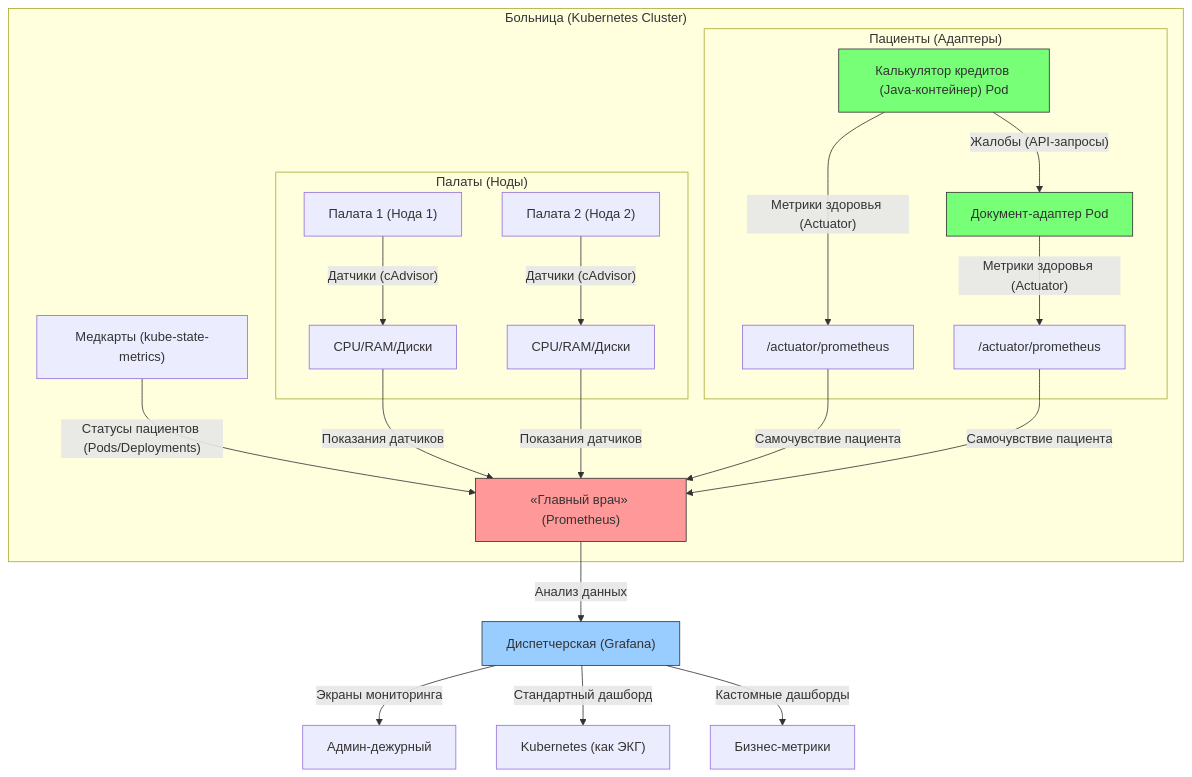
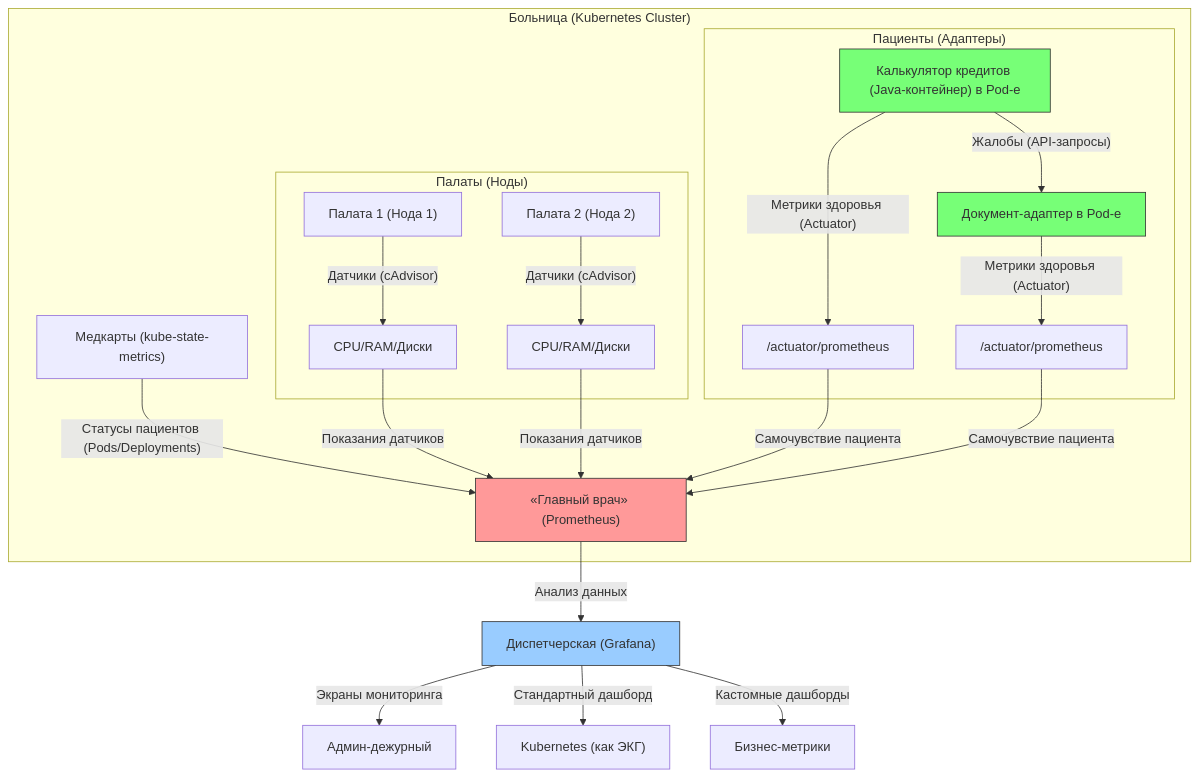
One commit to lamjob1993/kubernetes-monitoring changed the diagram in kubernetes/legend/2. Проводим аналогию.md. Above: the diagram before and after it, drawn with Mermaid.

Commit message:
Update 2. Проводим аналогию.md

````diff
--- a/kubernetes/legend/2. Проводим аналогию.md
+++ b/kubernetes/legend/2. Проводим аналогию.md
@@ -3,31 +3,31 @@
 ```mermaid
 flowchart TD
     subgraph "Больница (Kubernetes Cluster)"
         subgraph "Палаты (Ноды)"
             Палата1["Палата 1 (Нода 1)"] --> |"Датчики (cAdvisor)"| Мониторы1["CPU/RAM/Диски"]
             Палата2["Палата 2 (Нода 2)"] --> |"Датчики (cAdvisor)"| Мониторы2["CPU/RAM/Диски"]
         end
 
         subgraph "Пациенты (Адаптеры)"
-            Калькулятор["Калькулятор кредитов (Java-контейнер) Pod"] --> |"Жалобы (API-запросы)"| Документы["Документ-адаптер Pod"]
+            Калькулятор["Калькулятор кредитов (Java-контейнер) в Pod-е"] --> |"Жалобы (API-запросы)"| Документы["Документ-адаптер в Pod-е"]
             Калькулятор --> |"Метрики здоровья (Actuator)"| МедКарта1["/actuator/prometheus"]
             Документы --> |"Метрики здоровья (Actuator)"| МедКарта2["/actuator/prometheus"]
         end
 
         МедКарты["Медкарты (kube-state-metrics)"] --> |"Статусы пациентов (Pods/Deployments)"| ГлавВрач
         Мониторы1 --> |"Показания датчиков"| ГлавВрач
         Мониторы2 --> |"Показания датчиков"| ГлавВрач
         МедКарта1 --> |"Самочувствие пациента"| ГлавВрач
         МедКарта2 --> |"Самочувствие пациента"| ГлавВрач
     end
 
     ГлавВрач["«Главный врач» (Prometheus)"] --> |"Анализ данных"| Диспетчерская["Диспетчерская (Grafana)"]
     Диспетчерская --> |"Экраны мониторинга"| Администратор["Админ-дежурный"]
     Диспетчерская --> |"Стандартный дашборд"| ЭКГ["Kubernetes (как ЭКГ)"]
     Диспетчерская --> |"Кастомные дашборды"| СпецМониторы["Бизнес-метрики"]
 
     style ГлавВрач fill:#ff9999,stroke:#333
     style Диспетчерская fill:#99ccff,stroke:#333
     style Калькулятор fill:#7f7,stroke:#333
     style Документы fill:#7f7,stroke:#333
 ```
````
